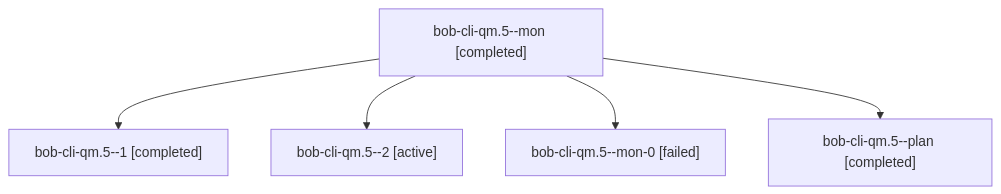
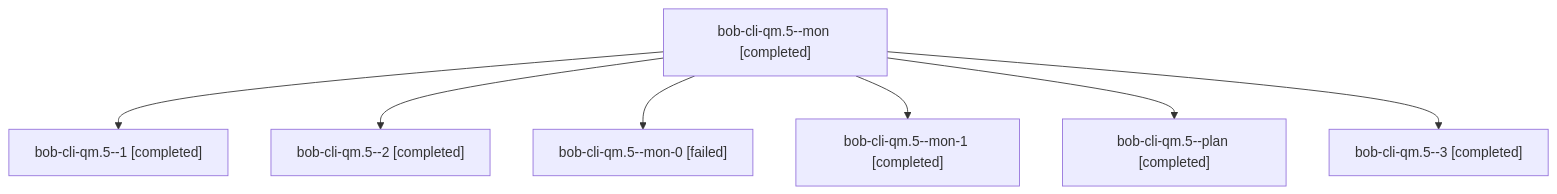
The diagram in sessions/bbugyi200.athena.bob-cli-qm.5.md (bobs-org/bob-cli--agents), drawn with Mermaid before and after one commit. The commit also changed other lines of this file and 246 other files, not shown here.

````diff
--- a/sessions/bbugyi200.athena.bob-cli-qm.5.md
+++ b/sessions/bbugyi200.athena.bob-cli-qm.5.md
@@ -9,12 +9,16 @@
 ```mermaid
 flowchart TD
   n0["bob-cli-qm.5--mon [completed]"]
   n1["bob-cli-qm.5--1 [completed]"]
   n0 --> n1
-  n2["bob-cli-qm.5--2 [active]"]
+  n2["bob-cli-qm.5--2 [completed]"]
   n0 --> n2
   n3["bob-cli-qm.5--mon-0 [failed]"]
   n0 --> n3
-  n4["bob-cli-qm.5--plan [completed]"]
+  n4["bob-cli-qm.5--mon-1 [completed]"]
   n0 --> n4
+  n5["bob-cli-qm.5--plan [completed]"]
+  n0 --> n5
+  n6["bob-cli-qm.5--3 [completed]"]
+  n0 --> n6
 ```
````
